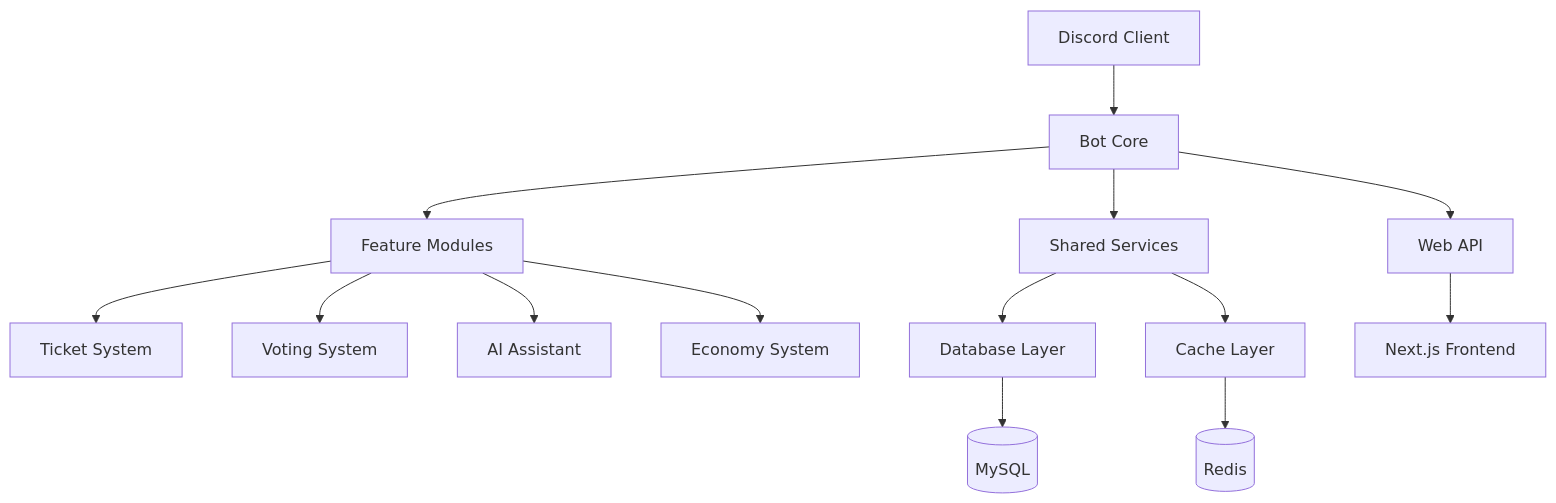
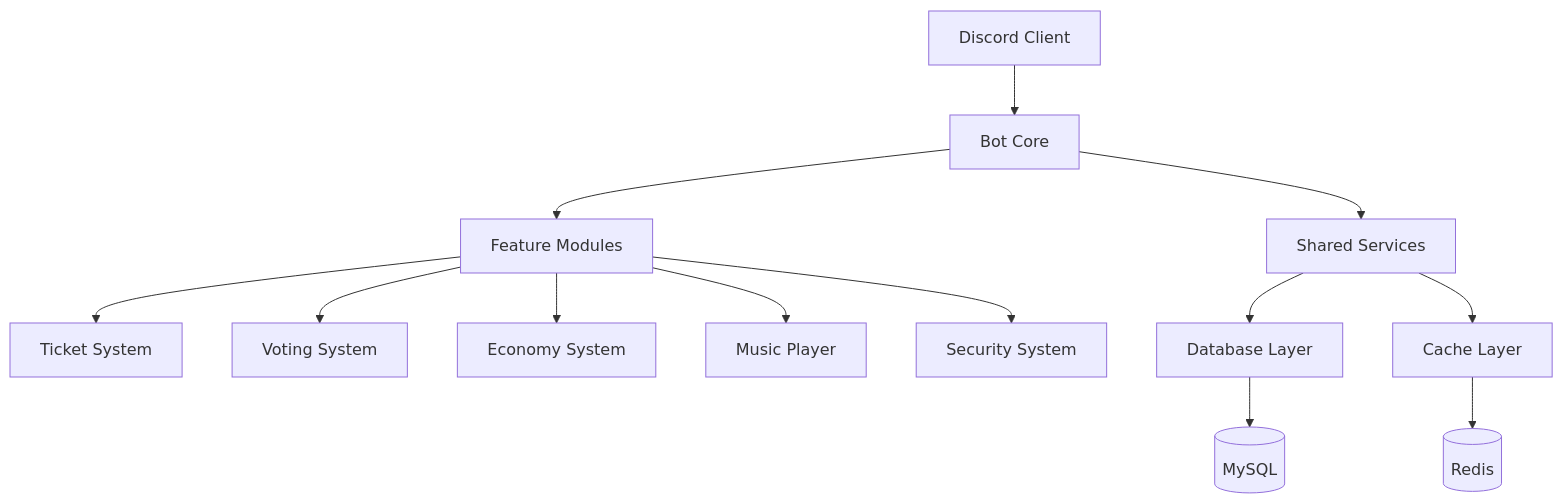
The diagram in README.md (Craig-0219/potato), drawn with Mermaid before and after one commit. The commit also changed other lines of this file and 66 other files, not shown here.

````diff
--- a/README.md
+++ b/README.md
@@ -68,19 +79,18 @@
 ```mermaid
 graph TB
     A[Discord Client] --> B[Bot Core]
     B --> C[Feature Modules]
     B --> D[Shared Services]
-    B --> E[Web API]
-    
+
     C --> F[Ticket System]
     C --> G[Voting System]
-    C --> H[AI Assistant]
     C --> I[Economy System]
-    
-    D --> J[Database Layer]
-    D --> K[Cache Layer]
-    E --> L[Next.js Frontend]
-    
-    J --> M[(MySQL)]
-    K --> N[(Redis)]
+    C --> J[Music Player]
+    C --> K[Security System]
+
+    D --> L[Database Layer]
+    D --> M[Cache Layer]
+
+    L --> N[(MySQL)]
+    M --> O[(Redis)]
 ```
````
